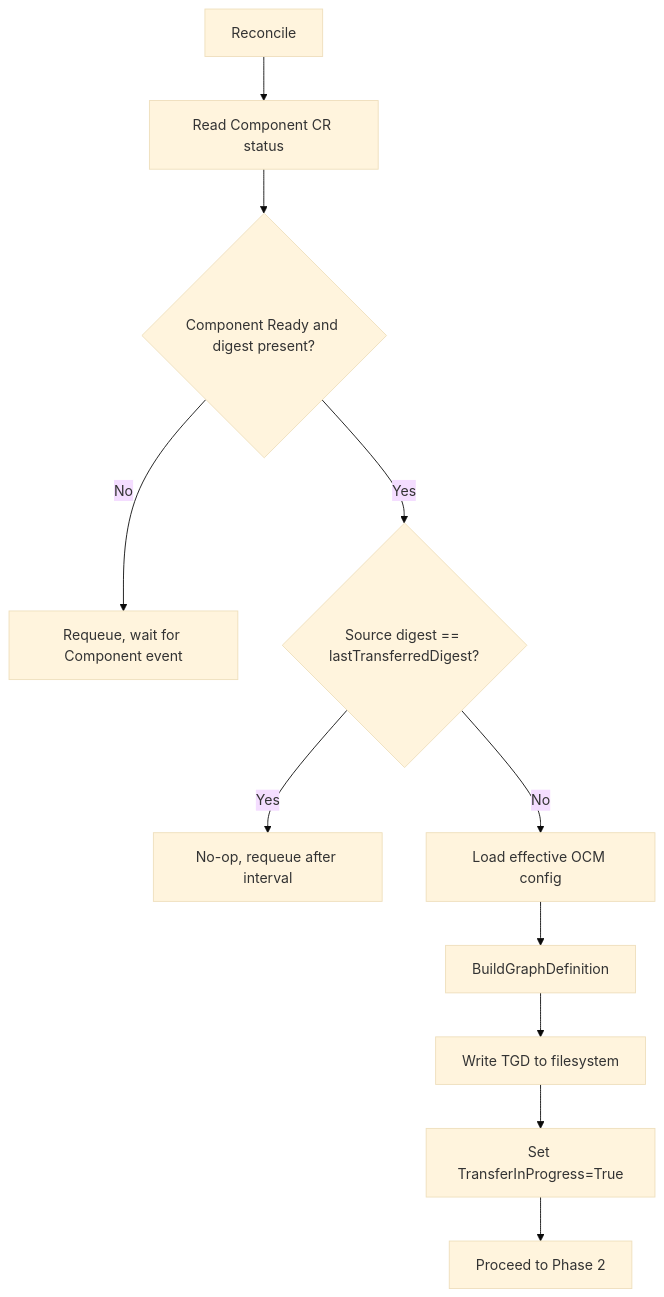
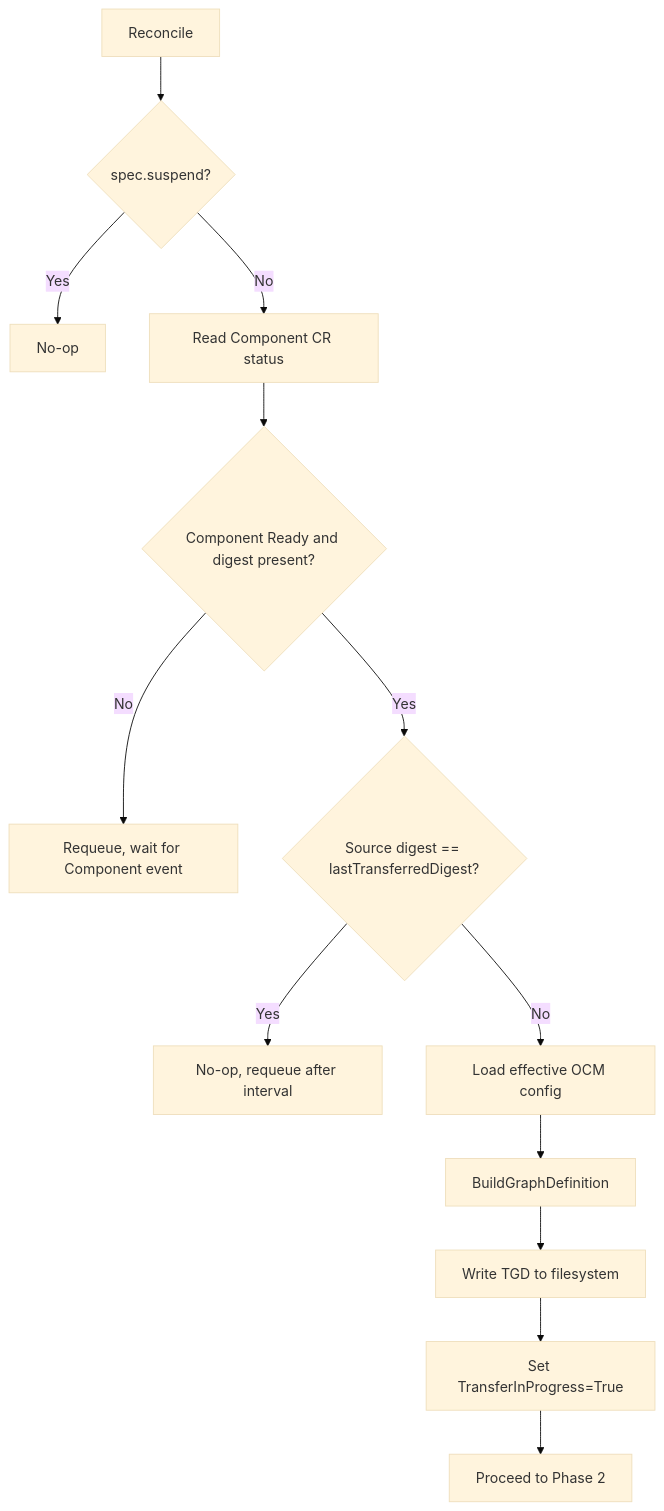
The first of 2 diagrams in docs/adr/0017_replication_controller.md (open-component-model/open-component-model), drawn with Mermaid (base theme) before and after one commit. The commit also changed other lines of this file, not shown here.

````diff
--- a/docs/adr/0017_replication_controller.md
+++ b/docs/adr/0017_replication_controller.md
@@ -137,13 +148,15 @@
 ```mermaid
 flowchart TD
-    A[Reconcile] --> A1[Read Component CR status]
+    A[Reconcile] --> S{spec.suspend?}
+    S -->|Yes| SX[No-op]
+    S -->|No| A1[Read Component CR status]
     A1 --> A2{Component Ready and digest present?}
     A2 -->|No| A3[Requeue, wait for Component event]
     A2 -->|Yes| C{Source digest == lastTransferredDigest?}
     C -->|Yes| E[No-op, requeue after interval]
     C -->|No| F[Load effective OCM config]
     F --> G[BuildGraphDefinition]
     G --> H[Write TGD to filesystem]
     H --> I[Set TransferInProgress=True]
     I --> J[Proceed to Phase 2]
 ```
````
